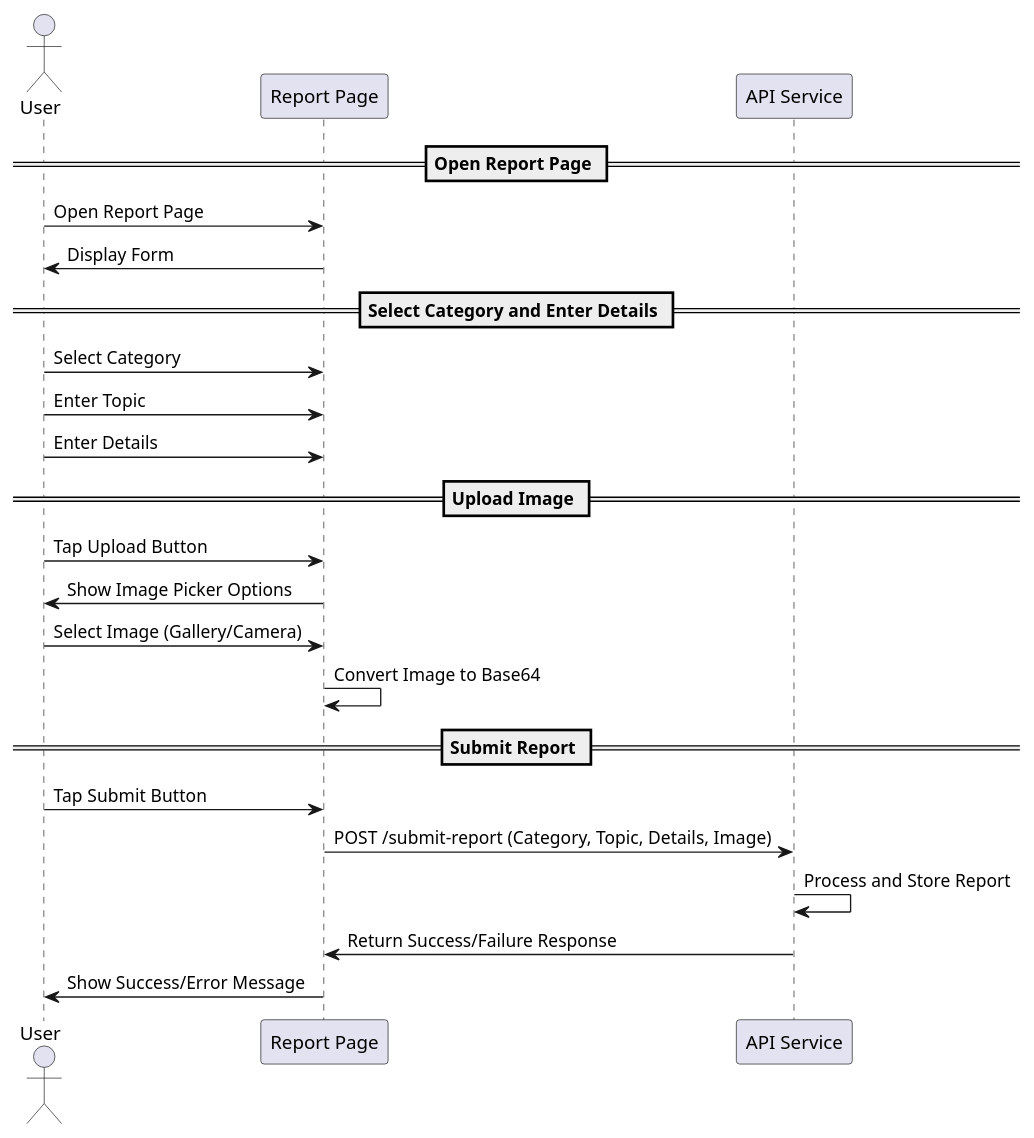
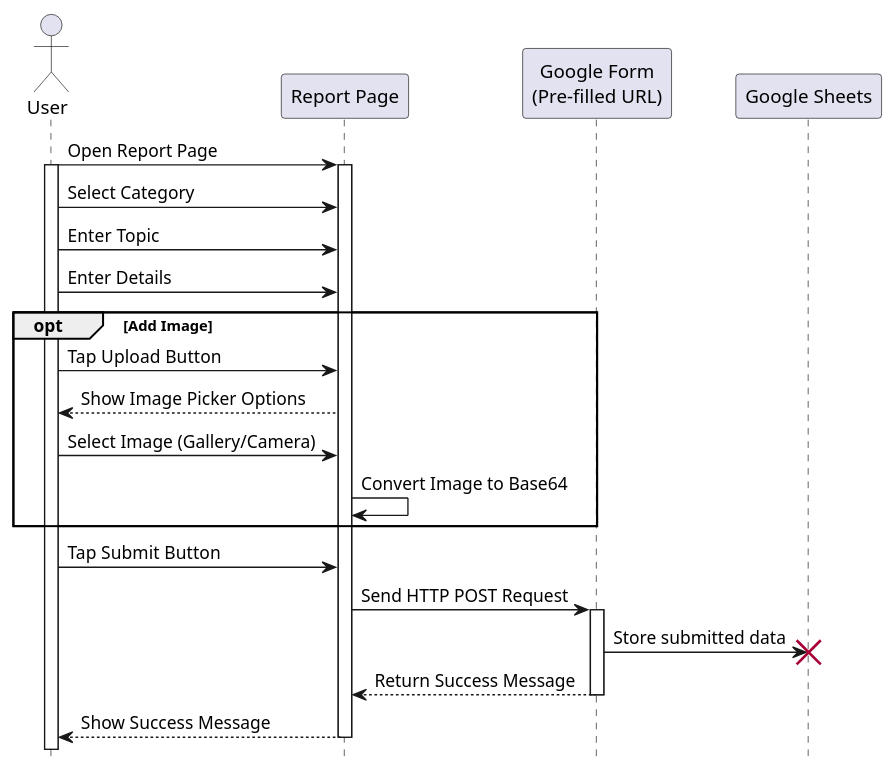
Before and after one commit to KMITL-BusBuddy/diagram: the diagram in account/report_page.puml, drawn with PlantUML. The commit also changed 8 other files, not shown here.

Commit message:
update latest diagram

```diff
--- a/account/report_page.puml
+++ b/account/report_page.puml
@@ -1,29 +1,37 @@
 @startuml report
+
+hide footbox
 
 actor User
 participant "Report Page" as UI
-participant "API Service" as API
+participant "Google Form\n(Pre-filled URL)" as Form
+participant "Google Sheets" as Sheet
 
-== Open Report Page ==
 User -> UI: Open Report Page
-UI -> User: Display Form
+activate User
+activate UI
 
-== Select Category and Enter Details ==
 User -> UI: Select Category
 User -> UI: Enter Topic
 User -> UI: Enter Details
 
-== Upload Image ==
-User -> UI: Tap Upload Button
-UI -> User: Show Image Picker Options
-User -> UI: Select Image (Gallery/Camera)
-UI -> UI: Convert Image to Base64
+opt Add Image
+    User -> UI: Tap Upload Button
+    UI --> User: Show Image Picker Options
+    User -> UI: Select Image (Gallery/Camera)
+    UI -> UI: Convert Image to Base64
+end
 
-== Submit Report ==
 User -> UI: Tap Submit Button
-UI -> API: POST /submit-report (Category, Topic, Details, Image)
-API -> API: Process and Store Report
-API -> UI: Return Success/Failure Response
-UI -> User: Show Success/Error Message
+UI -> Form: Send HTTP POST Request
+activate Form
+Form -> Sheet !! : Store submitted data
+
+Form --> UI: Return Success Message
+deactivate Form
+
+UI --> User : Show Success Message
+deactivate UI
+
 
 @enduml
```
